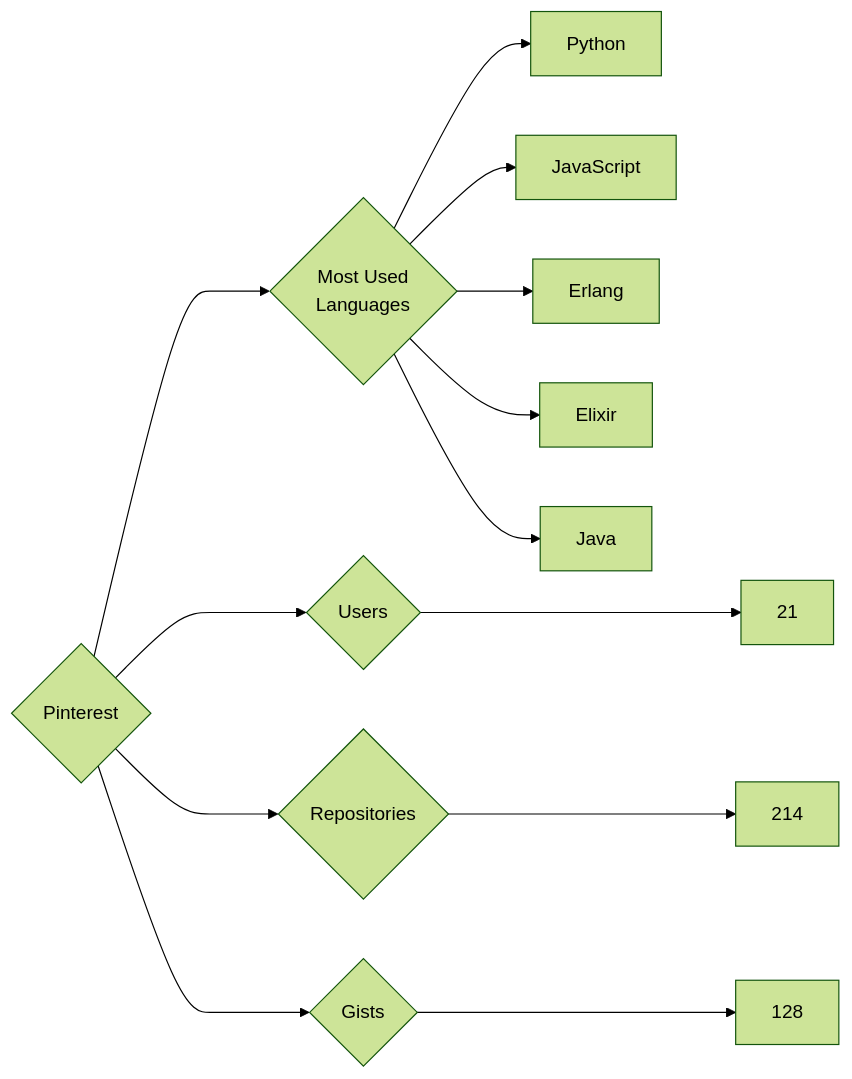
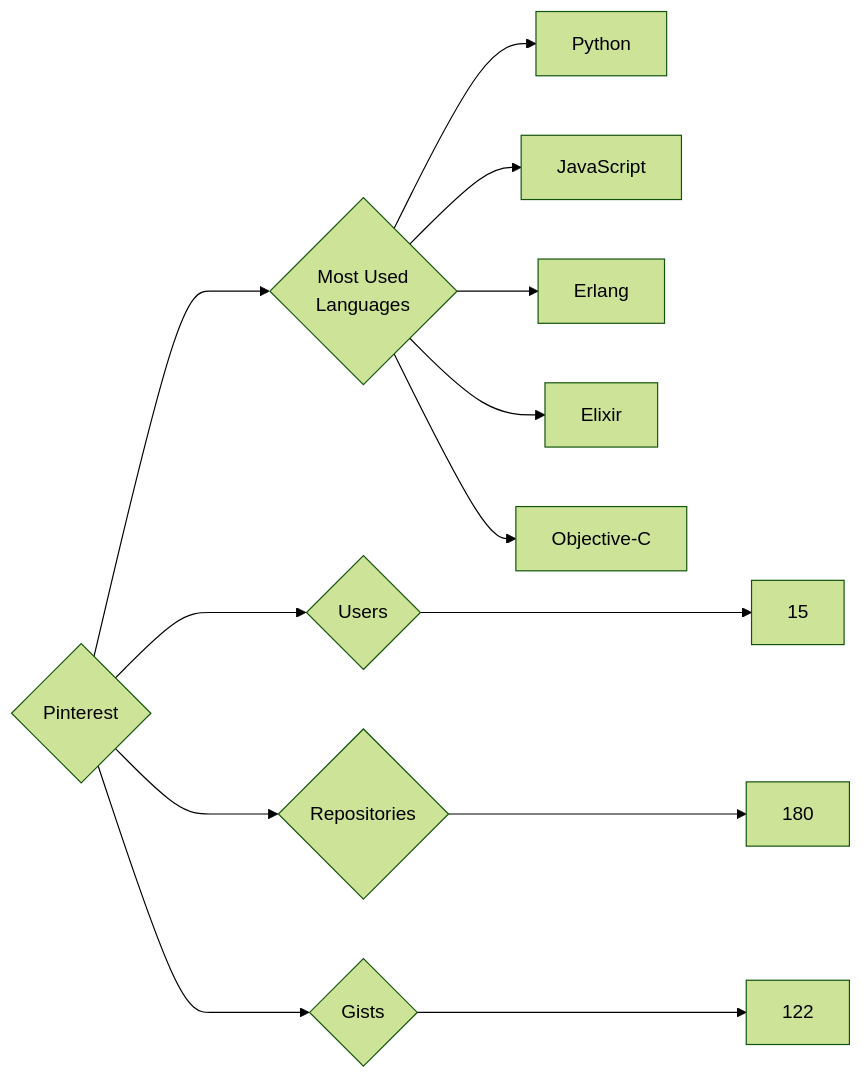
The diagram in targets/Pinterest/README.md (trickest/insiders), drawn with Mermaid (forest theme) before and after one commit. The commit also changed 912 other files, not shown here.

````diff
--- a/targets/Pinterest/README.md
+++ b/targets/Pinterest/README.md
@@ -3,13 +3,13 @@
 ```mermaid
 graph LR
 COMPANY_NAME{Pinterest}
-COMPANY_NAME ---> U{Users} ---> UN[21]
-COMPANY_NAME ---> R{Repositories} ---> RN[214]
-COMPANY_NAME ---> G{Gists} ---> GN[128]
+COMPANY_NAME ---> U{Users} ---> UN[15]
+COMPANY_NAME ---> R{Repositories} ---> RN[180]
+COMPANY_NAME ---> G{Gists} ---> GN[122]
 COMPANY_NAME ---> ML{Most Used<br>Languages}
 ML --> Python[Python]
 ML --> JavaScript[JavaScript]
 ML --> Erlang[Erlang]
 ML --> Elixir[Elixir]
-ML --> Java[Java]
+ML --> Objective-C[Objective-C]
 ```
````
